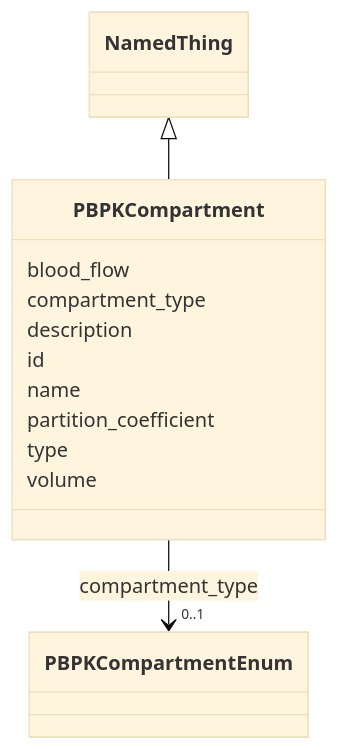
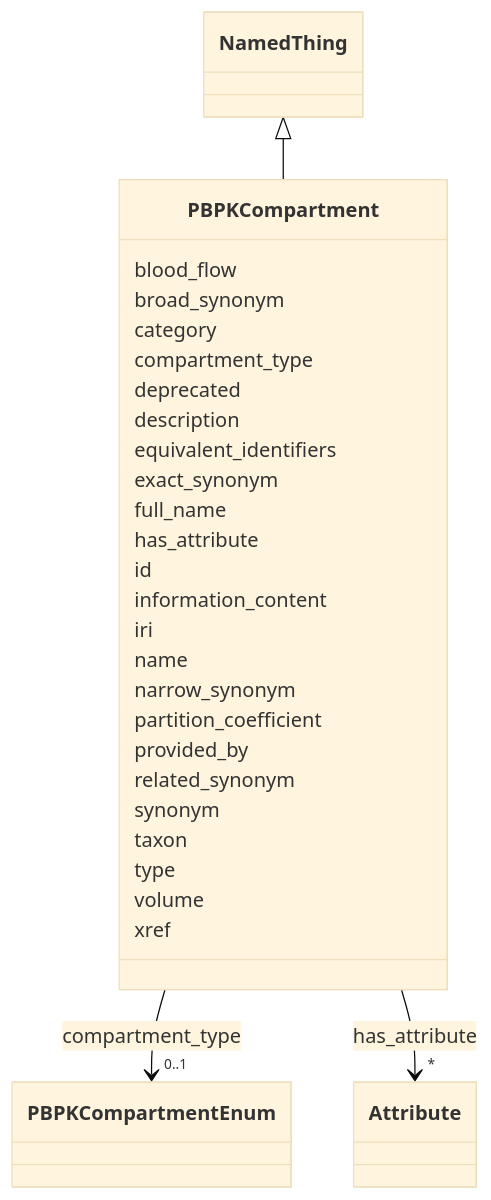
One commit to monarch-initiative/namo changed the diagram in docs/elements/PBPKCompartment.md. Above: the diagram before and after it, drawn with Mermaid (base theme). The commit also changed other lines of this file and 1232 other files, not shown here.

````diff
--- a/docs/elements/PBPKCompartment.md
+++ b/docs/elements/PBPKCompartment.md
@@ -18,34 +23,73 @@
 ```mermaid
  classDiagram
     class PBPKCompartment
     click PBPKCompartment href "../PBPKCompartment/"
       NamedThing <|-- PBPKCompartment
         click NamedThing href "../NamedThing/"
       
       PBPKCompartment : blood_flow
+        
+      PBPKCompartment : broad_synonym
+        
+      PBPKCompartment : category
         
       PBPKCompartment : compartment_type
         
           
     
         
         
         PBPKCompartment --> "0..1" PBPKCompartmentEnum : compartment_type
         click PBPKCompartmentEnum href "../PBPKCompartmentEnum/"
     
 
         
+      PBPKCompartment : deprecated
+        
       PBPKCompartment : description
+        
+      PBPKCompartment : equivalent_identifiers
+        
+      PBPKCompartment : exact_synonym
+        
+      PBPKCompartment : full_name
+        
+      PBPKCompartment : has_attribute
+        
+          
+    
+        
+        
+        PBPKCompartment --> "*" Attribute : has_attribute
+        click Attribute href "../Attribute/"
+    
+
         
       PBPKCompartment : id
         
+      PBPKCompartment : information_content
+        
+      PBPKCompartment : iri
+        
       PBPKCompartment : name
         
+      PBPKCompartment : narrow_synonym
+        
       PBPKCompartment : partition_coefficient
+        
+      PBPKCompartment : provided_by
+        
+      PBPKCompartment : related_synonym
+        
+      PBPKCompartment : synonym
+        
+      PBPKCompartment : taxon
         
       PBPKCompartment : type
         
       PBPKCompartment : volume
         
+      PBPKCompartment : xref
+        
       
 ```
````
